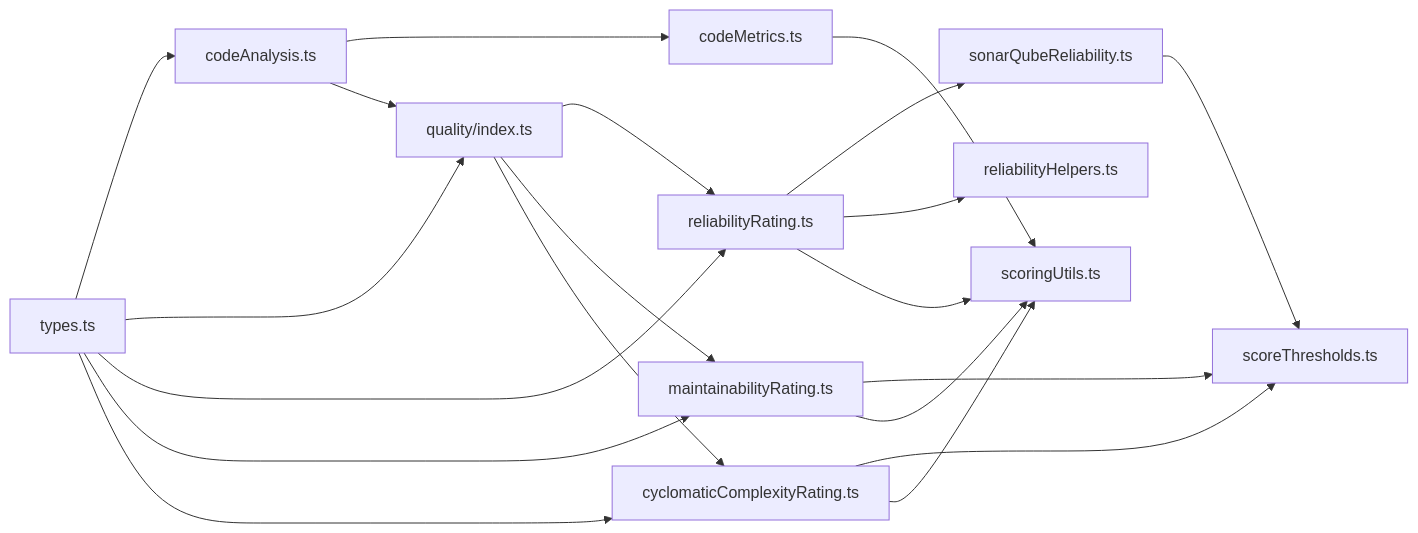
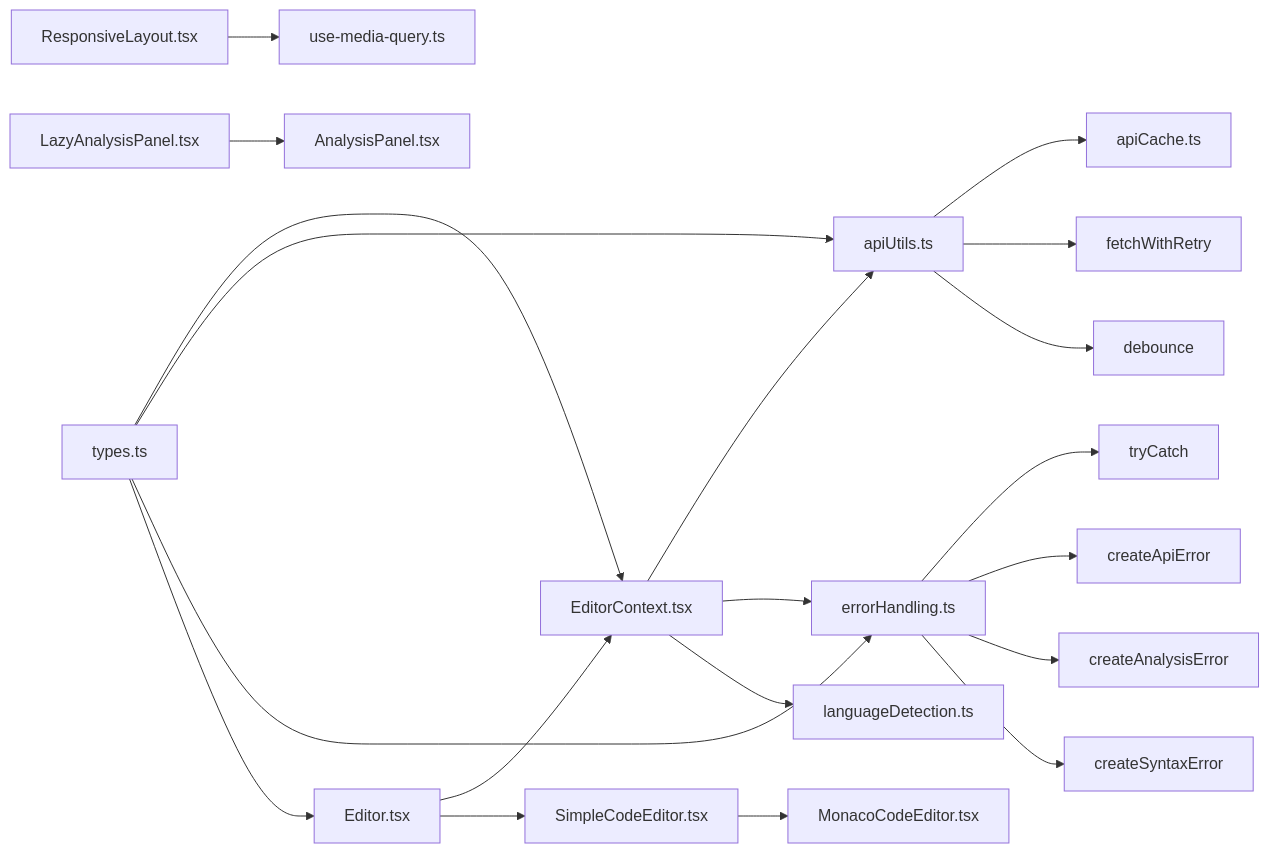
Before and after one commit to mandarborkar2304/Code-Quality-Tool: the third of 3 diagrams in docs/architecture.md, drawn with Mermaid. The commit also changed other lines of this file and 60 other files, not shown here.

First line of the commit message:
feat: add comprehensive code analysis and error handling

````diff
--- a/docs/architecture.md
+++ b/docs/architecture.md
@@ -144,26 +166,28 @@
 ```mermaid
 graph LR
-    A[codeAnalysis.ts] --> B[codeMetrics.ts]
-    A --> C[quality/index.ts]
+    A[EditorContext.tsx] --> B[apiUtils.ts]
+    A --> C[errorHandling.ts]
+    A --> D[languageDetection.ts]
     
-    C --> D[reliabilityRating.ts]
-    C --> E[maintainabilityRating.ts]
-    C --> F[cyclomaticComplexityRating.ts]
+    B --> E[apiCache.ts]
+    B --> F[fetchWithRetry]
+    B --> G[debounce]
     
-    D --> G[sonarQubeReliability.ts]
-    D --> H[reliabilityHelpers.ts]
-    E --> I[scoreThresholds.ts]
-    F --> I
-    G --> I
+    C --> H[tryCatch]
+    C --> I[createApiError]
+    C --> J[createAnalysisError]
+    C --> K[createSyntaxError]
     
-    B --> J[scoringUtils.ts]
-    D --> J
-    E --> J
-    F --> J
+    L[Editor.tsx] --> A
+    L --> M[SimpleCodeEditor.tsx]
+    M --> N[MonacoCodeEditor.tsx]
     
-    K[types.ts] --> A
-    K --> C
-    K --> D
-    K --> E
-    K --> F
+    O[ResponsiveLayout.tsx] --> P[use-media-query.ts]
+    
+    Q[LazyAnalysisPanel.tsx] --> R[AnalysisPanel.tsx]
+    
+    S[types.ts] --> A
+    S --> B
+    S --> C
+    S --> L
 ```
````
